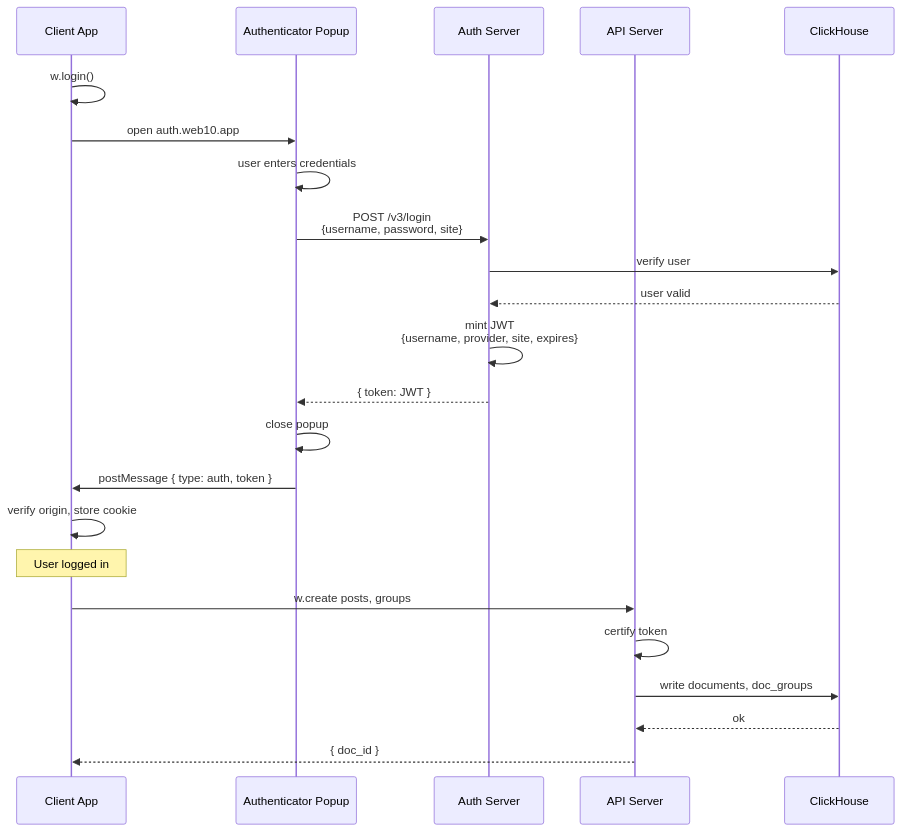
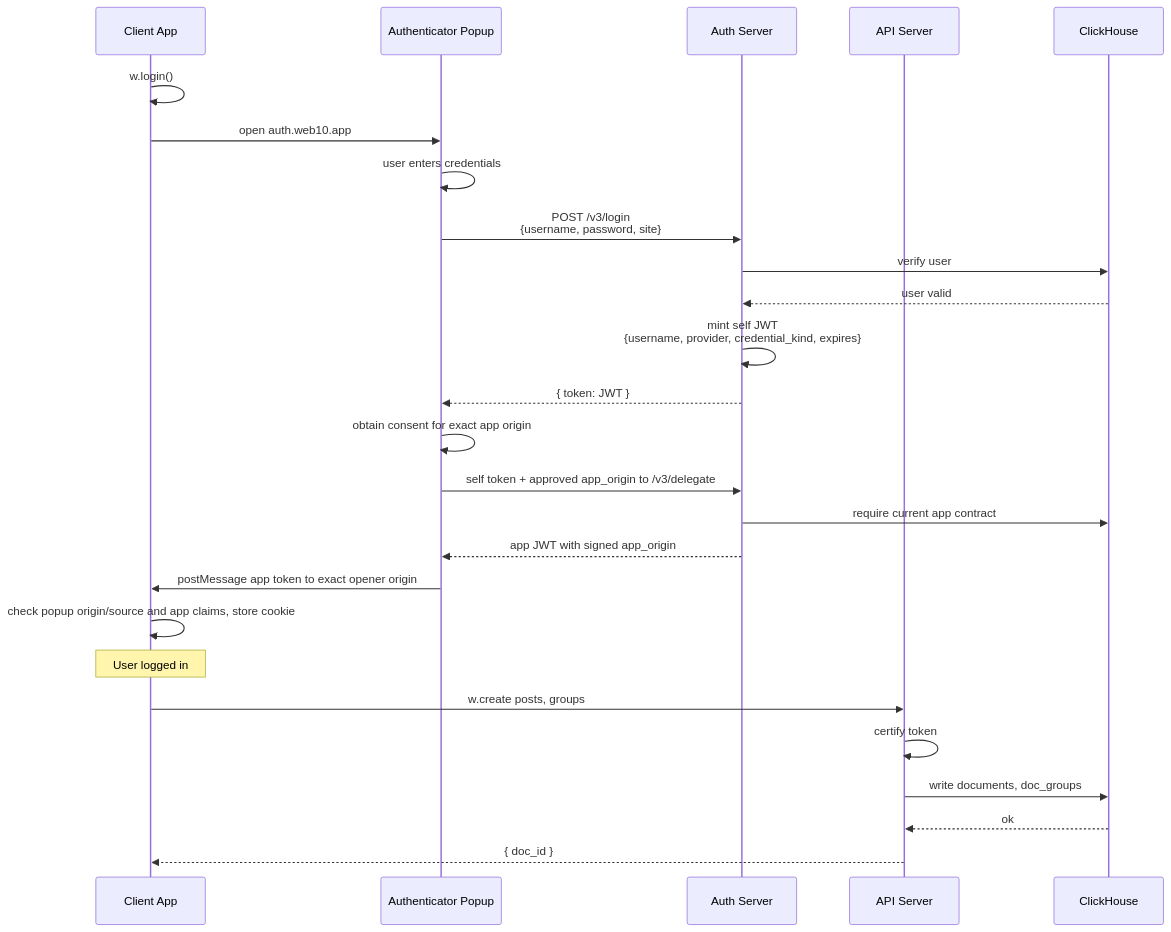
One commit to jacoby149/web10 changed the diagram in knowledge/knowledge-base/web10-v3/auth/auth.md. Above: the diagram before and after it, drawn with Mermaid. The commit also changed other lines of this file and 136 other files, not shown here.

````diff
--- a/knowledge/knowledge-base/web10-v3/auth/auth.md
+++ b/knowledge/knowledge-base/web10-v3/auth/auth.md
@@ -31,27 +41,30 @@
 ```mermaid
 sequenceDiagram
     participant App as Client App
     participant Popup as Authenticator Popup
     participant Auth as Auth Server
     participant API as API Server
     participant CH as ClickHouse
 
     App->>App: w.login()
     App->>Popup: open auth.web10.app
     Popup->>Popup: user enters credentials
     Popup->>Auth: POST /v3/login<br/>{username, password, site}
     Auth->>CH: verify user
     CH-->>Auth: user valid
-    Auth->>Auth: mint JWT<br/>{username, provider, site, expires}
+    Auth->>Auth: mint self JWT<br/>{username, provider, credential_kind, expires}
     Auth-->>Popup: { token: JWT }
-    Popup->>Popup: close popup
-    Popup->>App: postMessage { type: auth, token }
-    App->>App: verify origin, store cookie
+    Popup->>Popup: obtain consent for exact app origin
+    Popup->>Auth: self token + approved app_origin to /v3/delegate
+    Auth->>CH: require current app contract
+    Auth-->>Popup: app JWT with signed app_origin
+    Popup->>App: postMessage app token to exact opener origin
+    App->>App: check popup origin/source and app claims, store cookie
     Note over App: User logged in
 
     App->>API: w.create posts, groups
     API->>API: certify token
     API->>CH: write documents, doc_groups
     CH-->>API: ok
     API-->>App: { doc_id }
 ```
````
